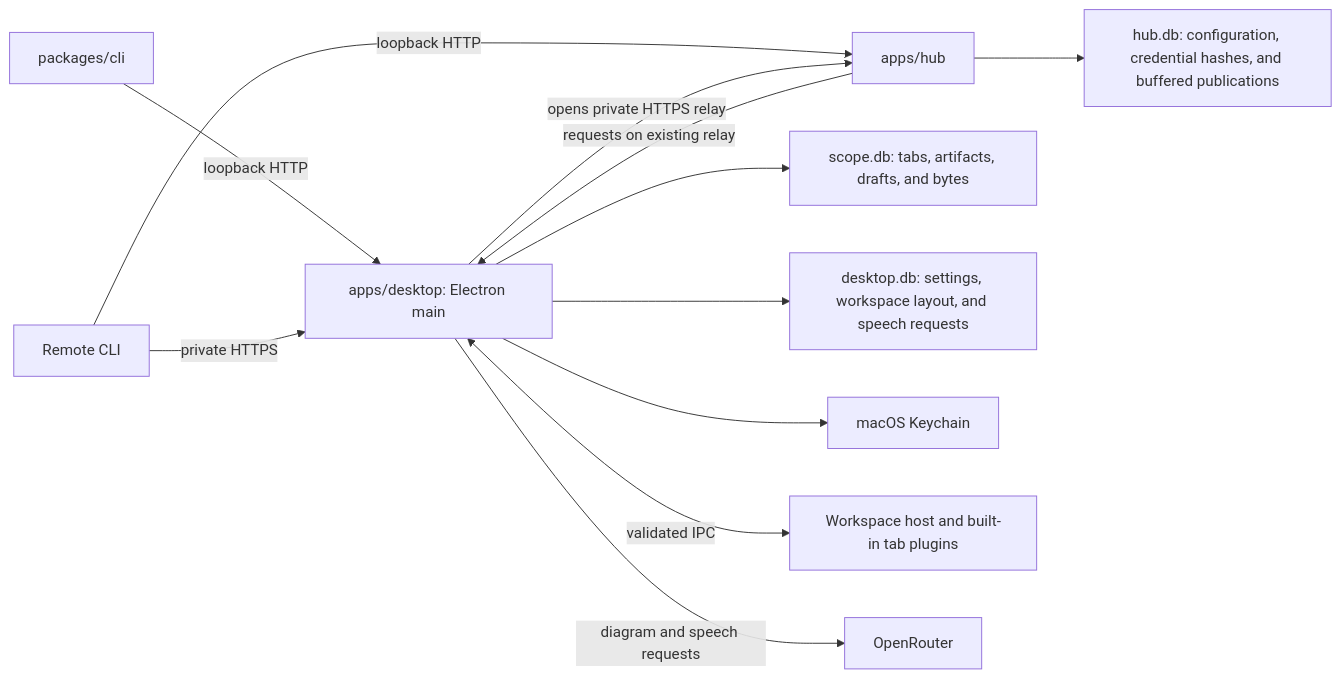
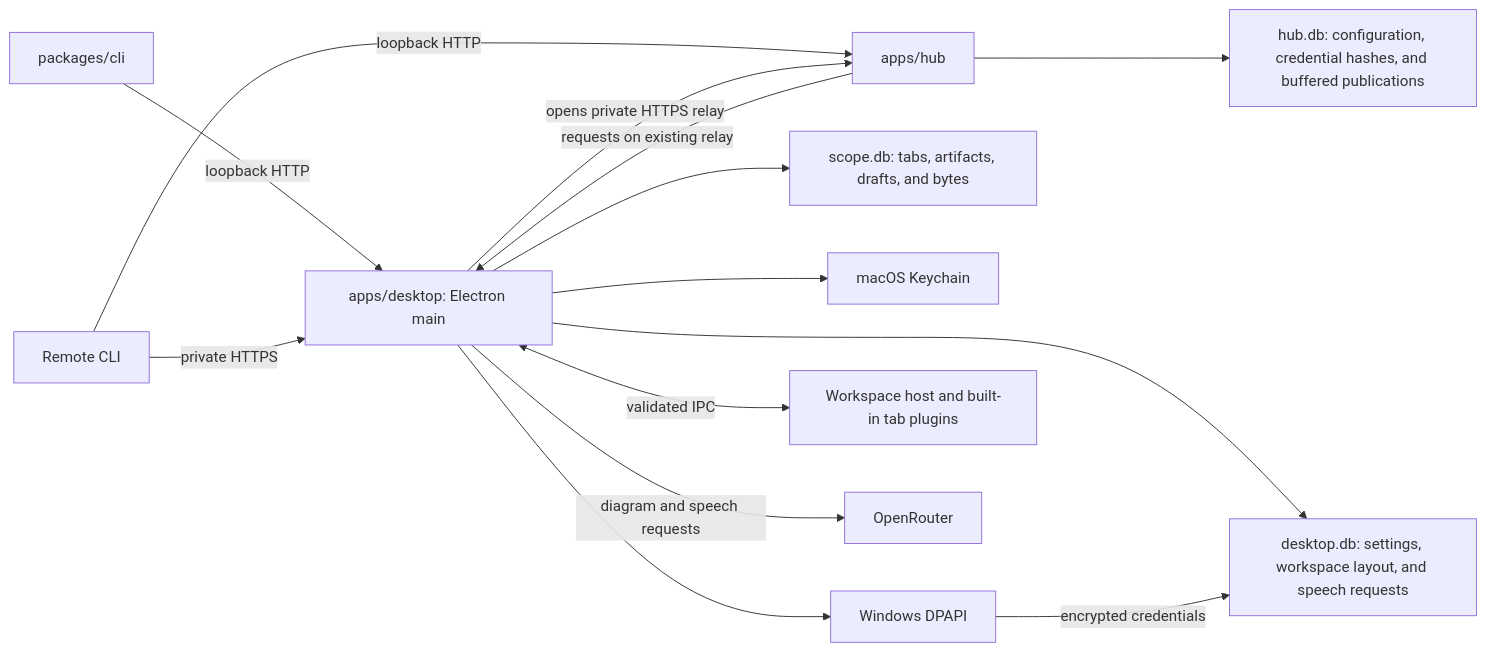
The first of 3 diagrams in docs/architecture.md (alundgren/irudd-scope), drawn with Mermaid before and after one commit. The commit also changed other lines of this file and 29 other files, not shown here.

Commit message:
feat: adapt desktop UI and guides for Windows

````diff
--- a/docs/architecture.md
+++ b/docs/architecture.md
@@ -8,14 +8,16 @@
 ```mermaid
 flowchart LR
     CLI[packages/cli] -->|loopback HTTP| Desktop[apps/desktop: Electron main]
     Remote[Remote CLI] -->|private HTTPS| Desktop
     Remote -->|loopback HTTP| Hub[apps/hub]
     Desktop -->|opens private HTTPS relay| Hub
     Hub -->|requests on existing relay| Desktop
     Hub --> HubSettings[hub.db: configuration, credential hashes, and buffered publications]
     Desktop --> Artifacts[scope.db: tabs, artifacts, drafts, and bytes]
     Desktop --> Preferences[desktop.db: settings, workspace layout, and speech requests]
     Desktop --> Keychain[macOS Keychain]
+    Desktop --> DPAPI[Windows DPAPI]
+    DPAPI -->|encrypted credentials| Preferences
     Desktop <-->|validated IPC| UI[Workspace host and built-in tab plugins]
     Desktop -->|diagram and speech requests| Provider[OpenRouter]
 ```
````
